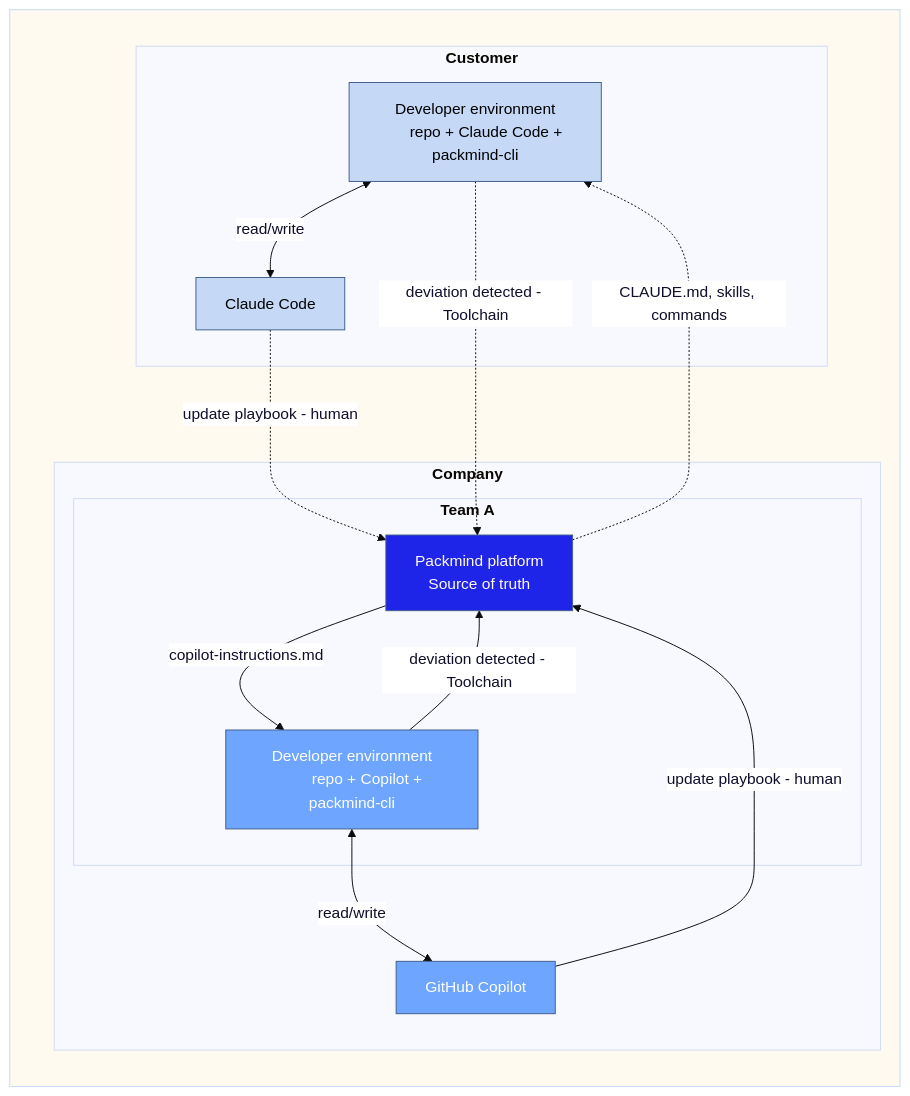
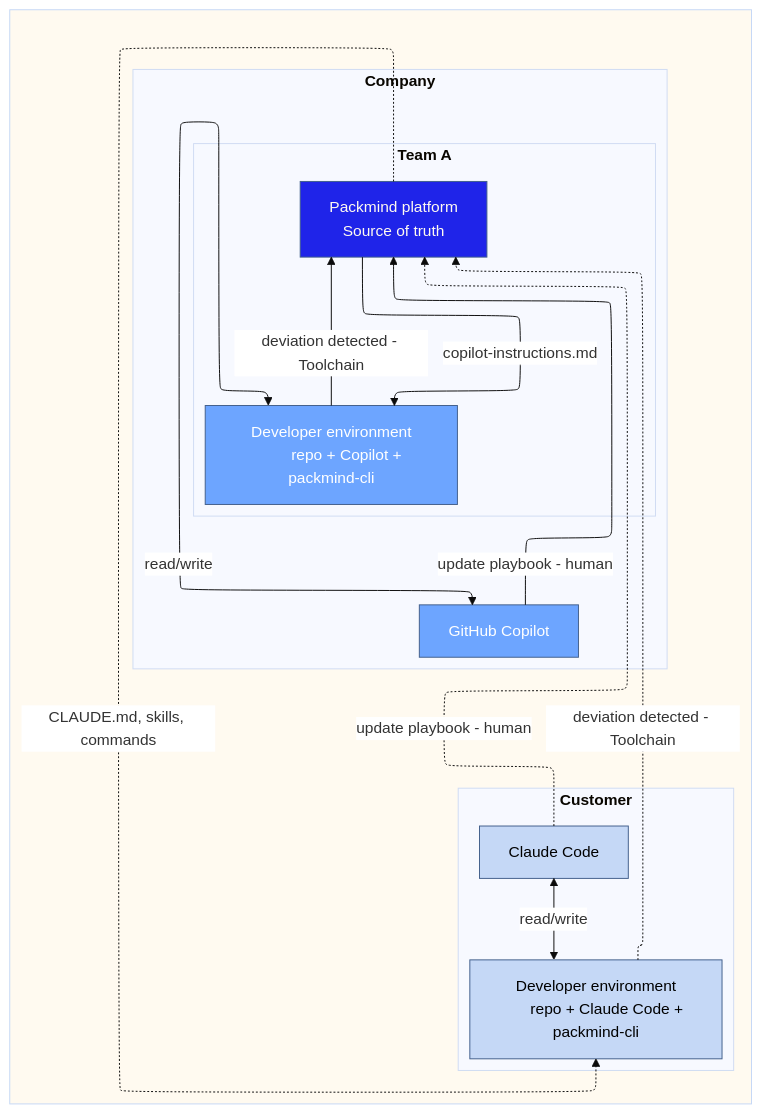
The first of 2 diagrams in shared/elevate-theme/elevate-mermaid.md (gino1902/chief-of-droids), drawn with Mermaid before and after one commit. The commit also changed 2 other files, not shown here.

Commit message:
Changed mermaid elevate theme canonical structure.

````diff
--- a/shared/elevate-theme/elevate-mermaid.md
+++ b/shared/elevate-theme/elevate-mermaid.md
@@ -28,45 +28,46 @@
 ```mermaid
-%%{init: {"theme": "base", "themeVariables": {"edgeLabelBackground": "#FFFFFF"}}}%%
-flowchart LR
+%%{init: {"theme": "base", "themeVariables": {"edgeLabelBackground": "#FFFFFF"}, "flowchart": {"defaultRenderer": "elk"}}}%%%%{init: {"theme": "base", "themeVariables": {"edgeLabelBackground": "#FFFFFF"}, "flowchart": {"defaultRenderer": "elk"}}}%%
+
+flowchart BT
   classDef main              fill:#FFFAF0,color:#FFFAF0,stroke:#C5D8F6
   classDef primary           fill:#1F24E9,color:#FFFAF0,stroke:#425F8B
   classDef secondary         fill:#6DA5FF,color:#FFFFFF,stroke:#425F8B
   classDef tertiary          fill:#C5D8F6,color:#000000,stroke:#425F8B
   classDef primary_cluster   fill:#FFFFFF,color:#0F0E2B,stroke:#0F0E2B
-  classDef secondary_cluster fill:#FFFAF0,color:#0F0E2B,stroke:#0F0E2B
-  classDef ytbc              fill:#D9E4F0,color:#3A3A4A,stroke:#425F8B
+  classDef secondary_cluster fill:#FFFAF0,color:#0F0E2B,stroke:#6DA5FF
+  classDef ytbc              fill:#D9E4F0,color:#3A3A4A,stroke:#425F8B,stroke-dasharray:5
   linkStyle default color:#0F0E2B
 
   subgraph Main
     subgraph "`**Company**`"
       subgraph "`**Team A**`"
         PM[Packmind platform
         Source of truth]
         DEV[Developer environment
         repo + Copilot + packmind-cli]
       end
       GH[GitHub Copilot]
     end
     subgraph "`**Customer**`"
       C_DEV[Developer environment
       repo + Claude Code + packmind-cli]
       C_CC[Claude Code]
     end
   end
 
   PM -->|copilot-instructions.md| DEV
   PM -.->|CLAUDE.md, skills, commands| C_DEV
   DEV <-->|read/write| GH
   C_DEV <-->|read/write| C_CC
   GH -->|update playbook - human| PM
   C_CC -.->|update playbook - human| PM
   DEV -->|deviation detected - Toolchain| PM
   C_DEV -.->|deviation detected - Toolchain| PM
 
   class PM primary
   class DEV,GH secondary
   class C_DEV,C_CC tertiary
   class TeamA secondary_cluster
   class Company,Customer primary_cluster
   class Main main
 ```
````
